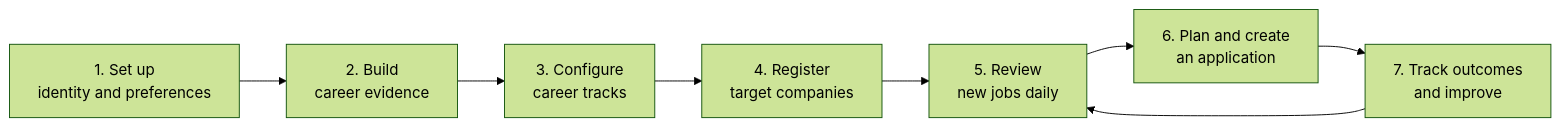
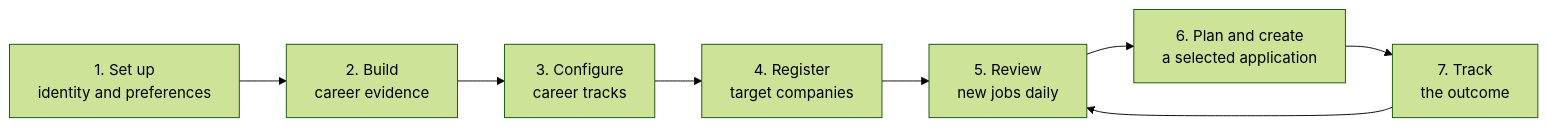
Before and after one commit to xzhnshng/ai-job-search: the diagram in docs/user-experience-journey.md, drawn with Mermaid (forest theme). The commit also changed other lines of this file and 22 other files, not shown here.

````diff
--- a/docs/user-experience-journey.md
+++ b/docs/user-experience-journey.md
@@ -32,10 +41,10 @@
 ```mermaid
 flowchart LR
     A["1. Set up<br/>identity and preferences"] --> B["2. Build<br/>career evidence"]
     B --> C["3. Configure<br/>career tracks"]
     C --> D["4. Register<br/>target companies"]
     D --> E["5. Review<br/>new jobs daily"]
-    E --> F["6. Plan and create<br/>an application"]
-    F --> G["7. Track outcomes<br/>and improve"]
+    E --> F["6. Plan and create<br/>a selected application"]
+    F --> G["7. Track<br/>the outcome"]
     G --> E
 ```
````
